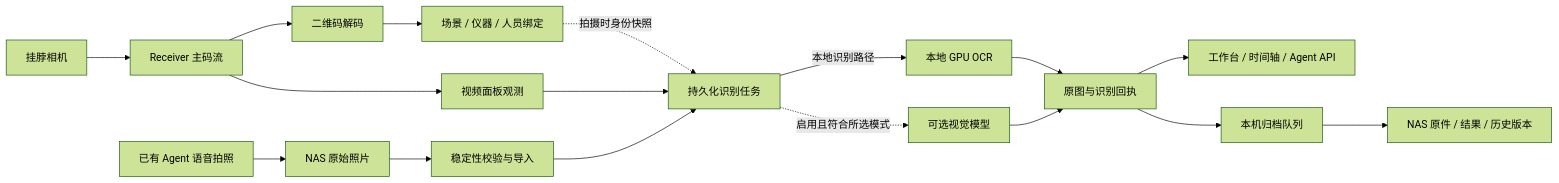
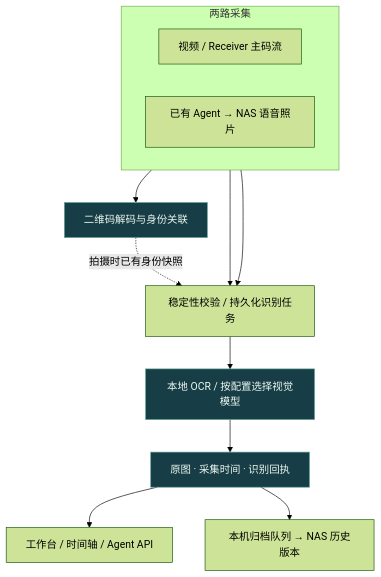
The diagram in README.md (kealan-Jun/FieldRecognition), drawn with Mermaid (forest theme) before and after one commit. The commit also changed other lines of this file and 8 other files, not shown here.

````diff
--- a/README.md
+++ b/README.md
@@ -166,19 +155,18 @@
 ```mermaid
-flowchart LR
-    Camera[挂脖相机] --> Receiver[Receiver 主码流]
-    Receiver --> QR[二维码解码]
-    QR --> Binding[场景 / 仪器 / 人员绑定]
-    Receiver --> Video[视频面板观测]
-    Agent[已有 Agent 语音拍照] --> Photos[NAS 原始照片]
-    Photos --> Import[稳定性校验与导入]
-    Binding -. 拍摄时身份快照 .-> Jobs[持久化识别任务]
-    Video --> Jobs
-    Import --> Jobs
-    Jobs -->|本地识别路径| OCR[本地 GPU OCR]
-    Jobs -. 启用且符合所选模式 .-> Vision[可选视觉模型]
-    OCR --> Evidence[原图与识别回执]
-    Vision --> Evidence
+flowchart TB
+    subgraph Capture[两路采集]
+        direction LR
+        Video[视频 / Receiver 主码流]
+        Voice[已有 Agent → NAS 语音照片]
+    end
+    Video --> Binding[二维码解码与身份关联]
+    Video --> Jobs[稳定性校验 / 持久化识别任务]
+    Voice --> Jobs
+    Binding -. 拍摄时已有身份快照 .-> Jobs
+    Jobs --> Reading[本地 OCR / 按配置选择视觉模型]
+    Reading --> Evidence[原图 · 采集时间 · 识别回执]
     Evidence --> UI[工作台 / 时间轴 / Agent API]
-    Evidence --> Outbox[本机归档队列]
-    Outbox --> Archive[NAS 原件 / 结果 / 历史版本]
+    Evidence --> Archive[本机归档队列 → NAS 历史版本]
+    classDef accent fill:#173d46,stroke:#60a797,color:#edf8f1
+    class Binding,Reading,Evidence accent
 ```
````
